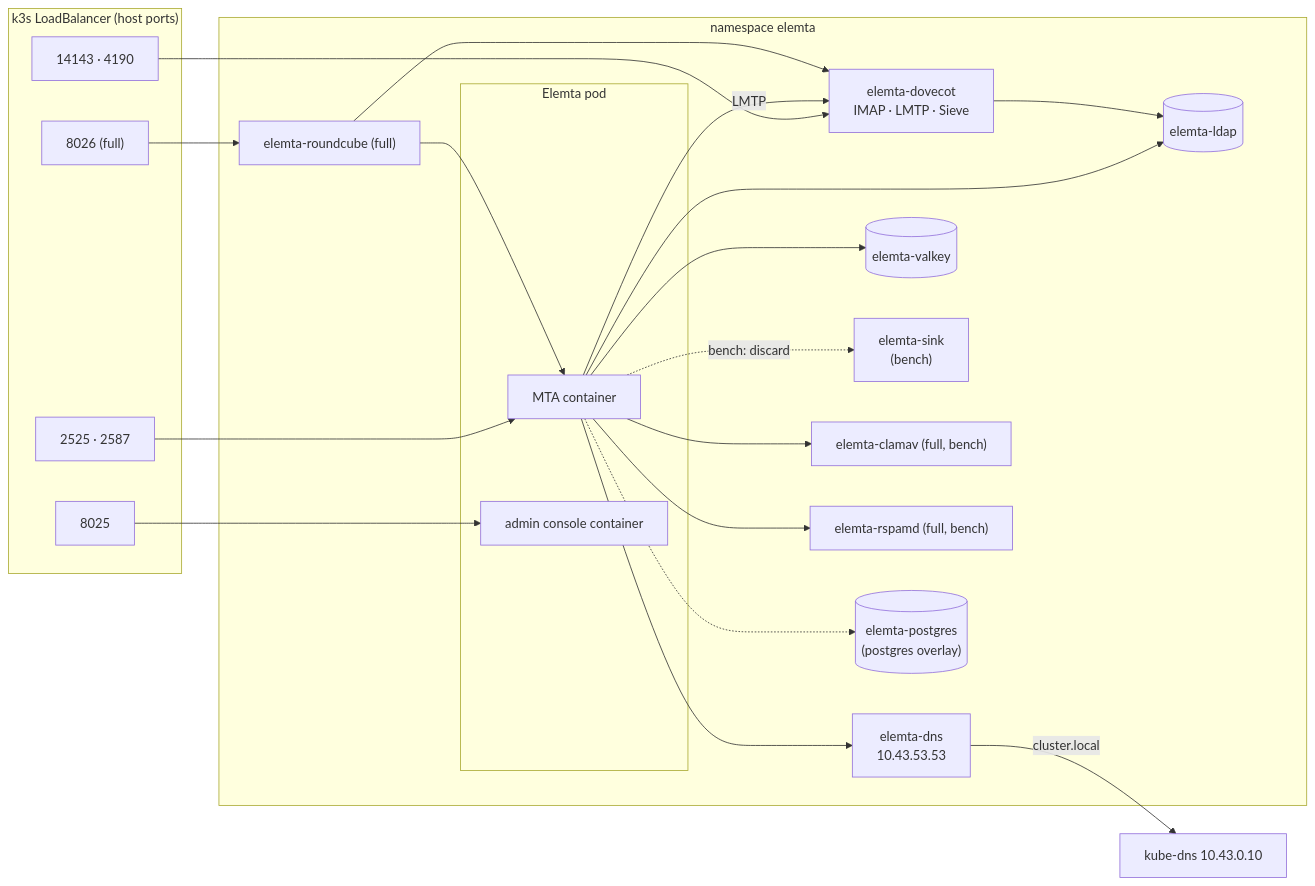
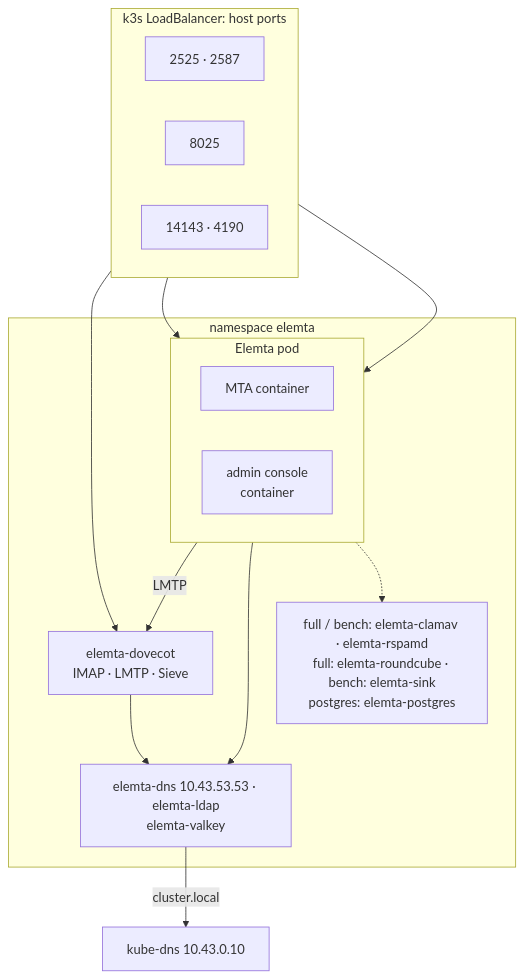
The diagram in docs/diagrams/kubernetes-pods.mmd (EvalAlan/elemta), drawn with Mermaid before and after one commit. The commit also changed 18 other files, not shown here.

First line of the commit message:
Docs: redraw the diagrams to read top to bottom

```diff
--- a/docs/diagrams/kubernetes-pods.mmd
+++ b/docs/diagrams/kubernetes-pods.mmd
@@ -1,36 +1,28 @@
-flowchart LR
-    subgraph lb["k3s LoadBalancer (host ports)"]
+flowchart TB
+    subgraph lb["k3s LoadBalancer: host ports"]
+        direction LR
         h1["2525 · 2587"]
         h2["8025"]
         h3["14143 · 4190"]
-        h4["8026 (full)"]
     end
 
     subgraph ns["namespace elemta"]
         subgraph pod["Elemta pod"]
+            direction LR
             smtp["MTA container"]
-            dash["admin console container"]
+            dash["admin console<br/>container"]
         end
-        dns["elemta-dns<br/>10.43.53.53"]
-        ldap[("elemta-ldap")]
         dovecot["elemta-dovecot<br/>IMAP · LMTP · Sieve"]
-        valkey[("elemta-valkey")]
-        sink["elemta-sink<br/>(bench)"]
-        clamav["elemta-clamav (full, bench)"]
-        rspamd["elemta-rspamd (full, bench)"]
-        rc["elemta-roundcube (full)"]
-        pg[("elemta-postgres<br/>(postgres overlay)")]
+        deps["elemta-dns 10.43.53.53 · elemta-ldap<br/>elemta-valkey"]
+        extras["full / bench: elemta-clamav · elemta-rspamd<br/>full: elemta-roundcube · bench: elemta-sink<br/>postgres: elemta-postgres"]
     end
     kubedns["kube-dns 10.43.0.10"]
 
     h1 --> smtp
     h2 --> dash
     h3 --> dovecot
-    h4 --> rc
     smtp -->|"LMTP"| dovecot
-    smtp -.->|"bench: discard"| sink
-    smtp --> clamav & rspamd & dns & valkey & ldap
-    smtp -.-> pg
-    dns -->|"cluster.local"| kubedns
-    dovecot --> ldap
-    rc --> dovecot & smtp
+    smtp --> deps
+    smtp -.-> extras
+    dovecot --> deps
+    deps -->|"cluster.local"| kubedns
```
